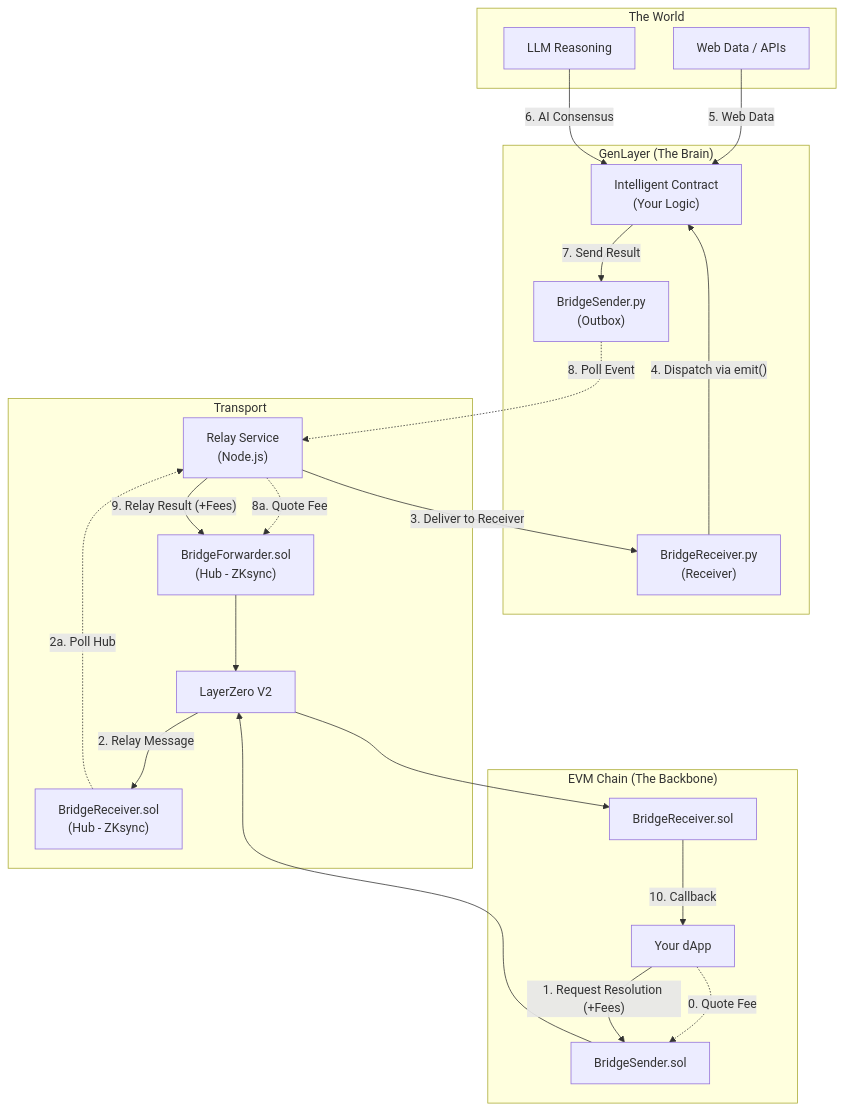
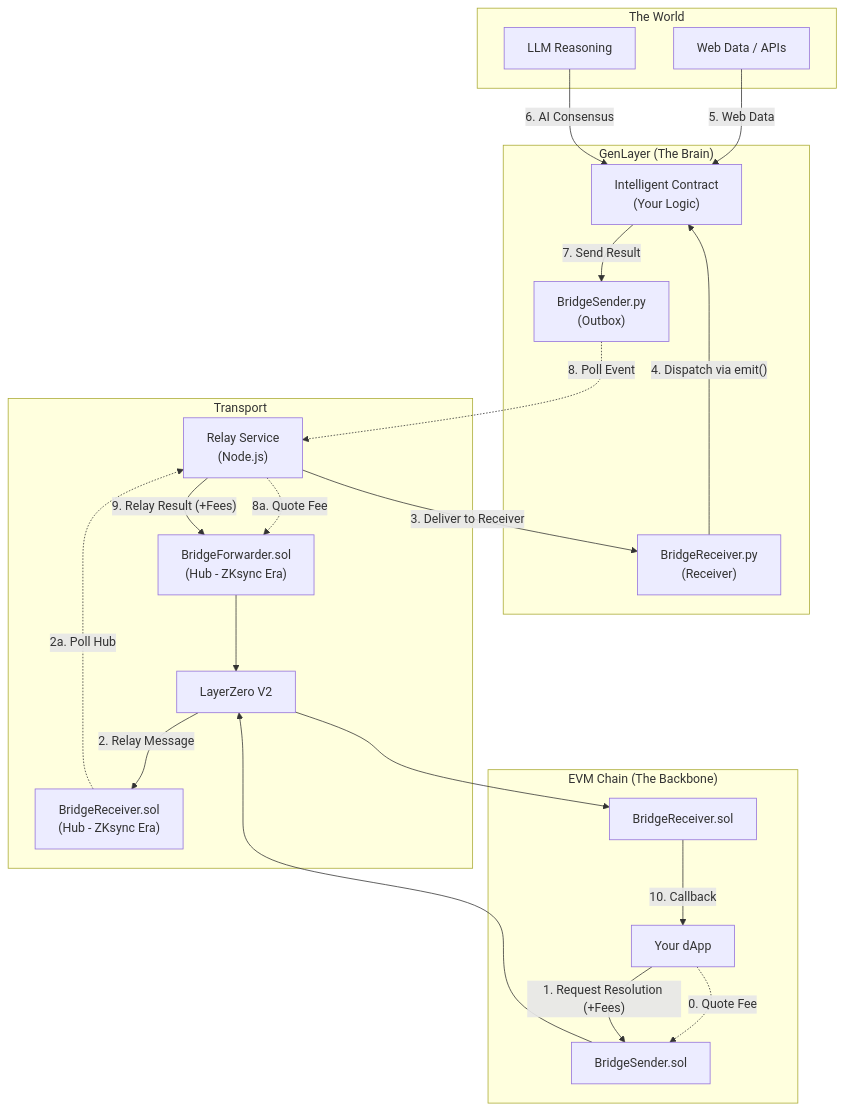
One commit to genlayer-foundation/genlayer-studio-bridge-boilerplate changed the diagram in README.md. Above: the diagram before and after it, drawn with Mermaid. The commit also changed other lines of this file and 2 other files, not shown here.

First line of the commit message:
Update references from ZKsync to ZKsync Era

````diff
--- a/README.md
+++ b/README.md
@@ -44,43 +44,43 @@
 ```mermaid
 graph TD
     subgraph "The World"
         Web["Web Data / APIs"]
         AI["LLM Reasoning"]
     end
 
     subgraph "GenLayer (The Brain)"
         IC["Intelligent Contract<br/>(Your Logic)"]
         BR_GL["BridgeReceiver.py<br/>(Receiver)"]
         BS_GL["BridgeSender.py<br/>(Outbox)"]
     end
 
     subgraph "Transport"
         Service["Relay Service<br/>(Node.js)"]
-        BF["BridgeForwarder.sol<br/>(Hub - ZKsync)"]
-        BR_HUB["BridgeReceiver.sol<br/>(Hub - ZKsync)"]
+        BF["BridgeForwarder.sol<br/>(Hub - ZKsync Era)"]
+        BR_HUB["BridgeReceiver.sol<br/>(Hub - ZKsync Era)"]
         LZ["LayerZero V2"]
     end
 
     subgraph "EVM Chain (The Backbone)"
         dApp["Your dApp"]
         BS_EVM["BridgeSender.sol"]
         BR_EVM["BridgeReceiver.sol"]
     end
 
     dApp -.->|"0. Quote Fee"| BS_EVM
     dApp -->|"1. Request Resolution (+Fees)"| BS_EVM
     BS_EVM --> LZ
     LZ -->|"2. Relay Message"| BR_HUB
     BR_HUB -.->|"2a. Poll Hub"| Service
     Service -->|"3. Deliver to Receiver"| BR_GL
     BR_GL -->|"4. Dispatch via emit()"| IC
     Web -->|"5. Web Data"| IC
     AI -->|"6. AI Consensus"| IC
     IC -->|"7. Send Result"| BS_GL
     BS_GL -.->|"8. Poll Event"| Service
     Service -.->|"8a. Quote Fee"| BF
     Service -->|"9. Relay Result (+Fees)"| BF
     BF --> LZ
     LZ --> BR_EVM
     BR_EVM -->|"10. Callback"| dApp
 ```
````
